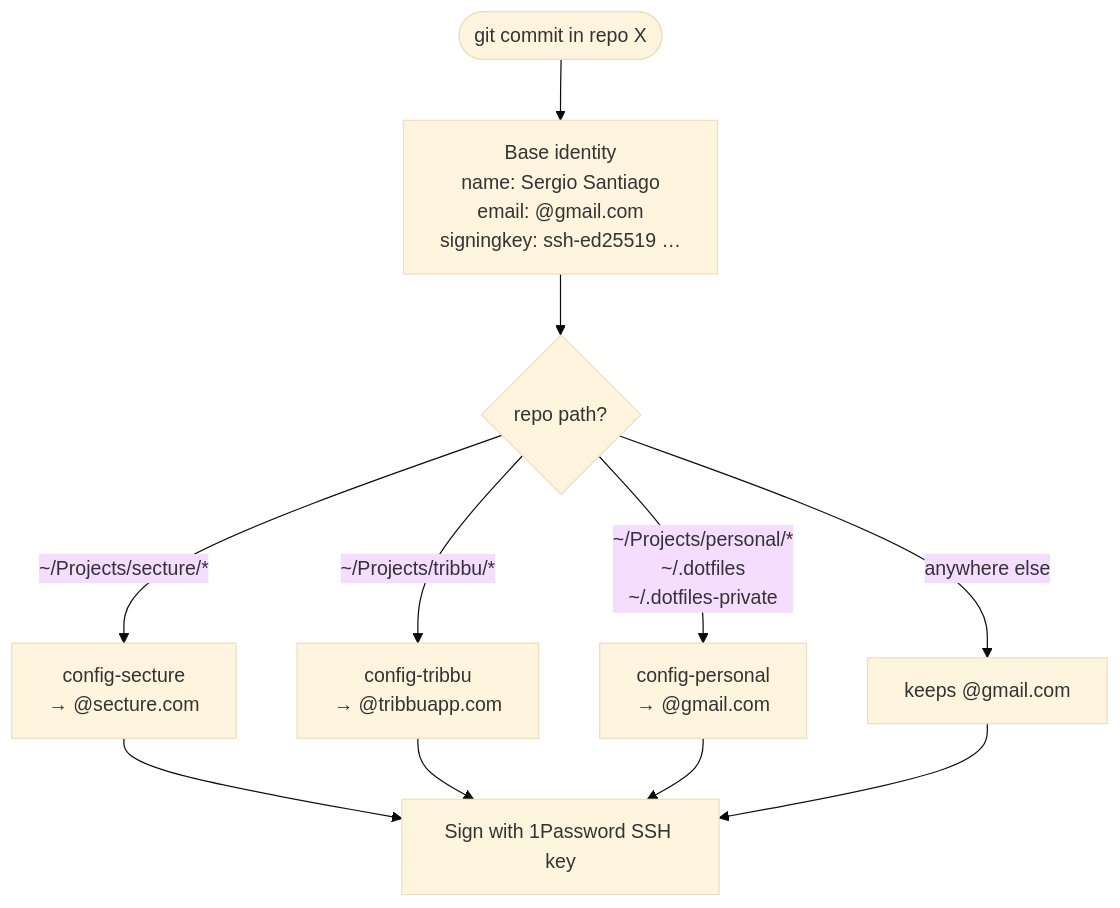
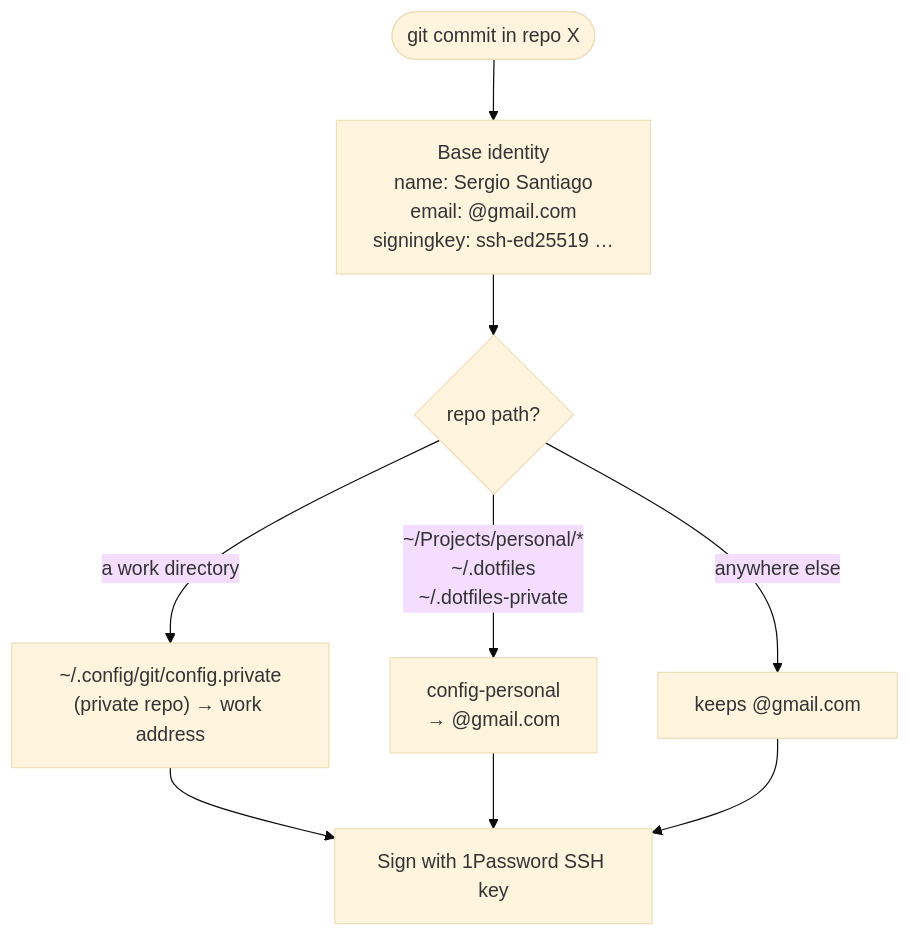
One commit to sergio-santiago/.dotfiles changed the fourth of 5 diagrams in README.md. Above: the diagram before and after it, drawn with Mermaid (base theme). The commit also changed other lines of this file and 8 other files, not shown here.

First line of the commit message:
refactor(git): move work identities and link routing to the private repo

````diff
--- a/README.md
+++ b/README.md
@@ -274,13 +276,11 @@
 ```mermaid
 flowchart TD
     start(["git commit in repo X"]) --> base["Base identity<br/>name: Sergio Santiago<br/>email: @gmail.com<br/>signingkey: ssh-ed25519 …"]
     base --> q{"repo path?"}
-    q -->|"~/Projects/secture/*"| s["config-secture<br/>→ @secture.com"]
-    q -->|"~/Projects/tribbu/*"| t["config-tribbu<br/>→ @tribbuapp.com"]
+    q -->|"a work directory"| w["~/.config/git/config.private<br/>(private repo) → work address"]
     q -->|"~/Projects/personal/*<br/>~/.dotfiles<br/>~/.dotfiles-private"| p["config-personal<br/>→ @gmail.com"]
     q -->|"anywhere else"| d["keeps @gmail.com"]
-    s --> sign["Sign with 1Password SSH key"]
-    t --> sign
+    w --> sign["Sign with 1Password SSH key"]
     p --> sign
     d --> sign
 ```
````
